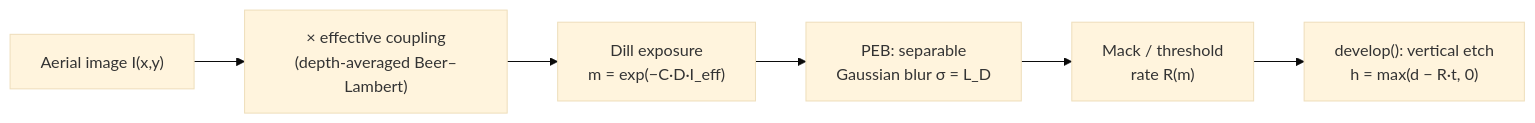
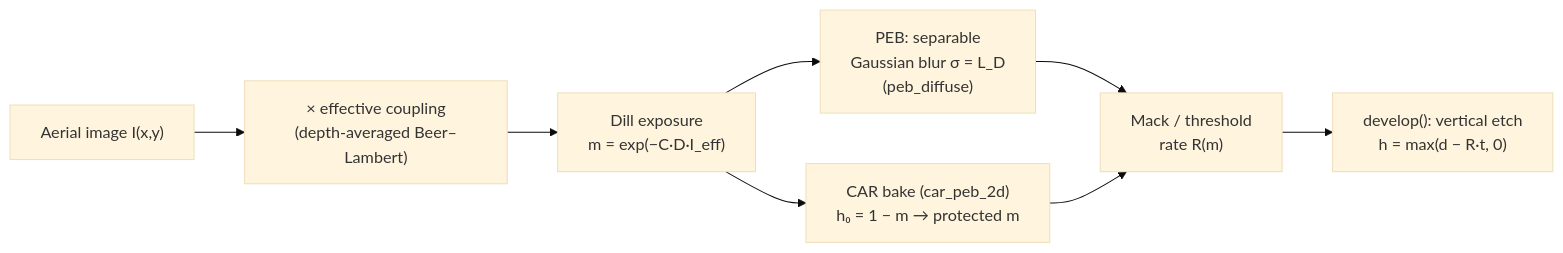
The first of 2 diagrams in docs/processes/resist-models.md (sonoransun/highuvlith), drawn with Mermaid (base theme) before and after one commit. The commit also changed other lines of this file and 496 other files, not shown here.

````diff
--- a/docs/processes/resist-models.md
+++ b/docs/processes/resist-models.md
@@ -19,8 +21,10 @@
 ```mermaid
 flowchart LR
     AER["Aerial image I(x,y)"] --> CPL["× effective coupling<br/>(depth-averaged Beer–Lambert)"]
     CPL --> DILL["Dill exposure<br/>m = exp(−C·D·I_eff)"]
-    DILL --> PEB["PEB: separable<br/>Gaussian blur σ = L_D"]
+    DILL --> PEB["PEB: separable<br/>Gaussian blur σ = L_D<br/>(peb_diffuse)"]
+    DILL --> CAR["CAR bake (car_peb_2d)<br/>h₀ = 1 − m → protected m"]
     PEB --> RATE["Mack / threshold<br/>rate R(m)"]
+    CAR --> RATE
     RATE --> DEV["develop(): vertical etch<br/>h = max(d − R·t, 0)"]
 ```
````
